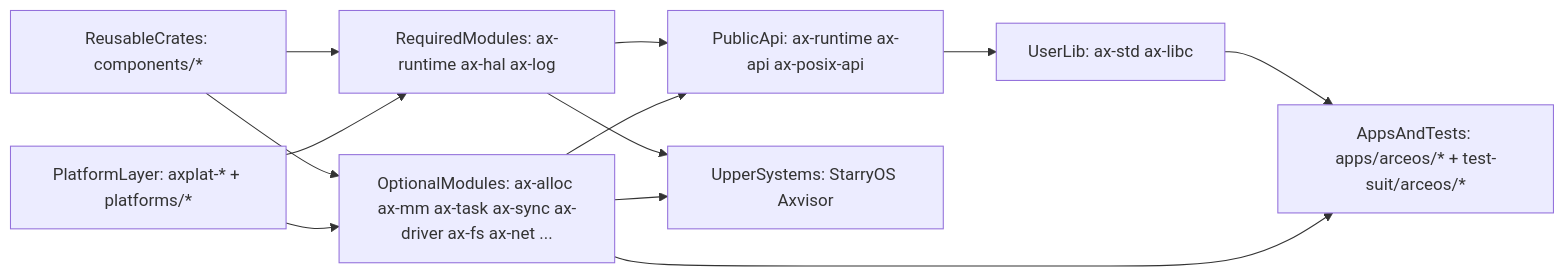
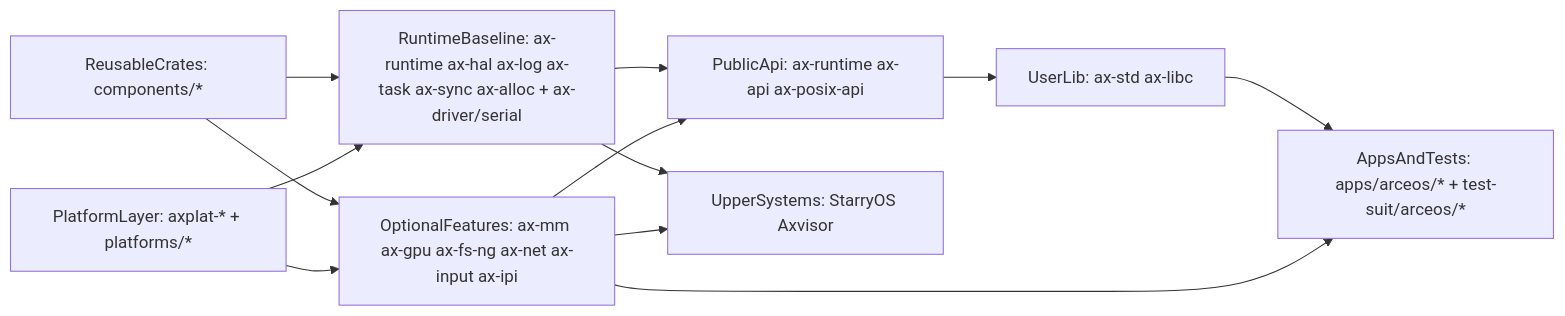
Before and after one commit to rcore-os/tgoskits: the first of 5 diagrams in docs/docs/architecture/arceos/overview.md, drawn with Mermaid. The commit also changed other lines of this file and 59 other files, not shown here.

````diff
--- a/docs/docs/architecture/arceos/overview.md
+++ b/docs/docs/architecture/arceos/overview.md
@@ -27,23 +27,23 @@
 ```mermaid
 flowchart LR
     reusableCrates["ReusableCrates: components/*"]
     platformLayer["PlatformLayer: axplat-* + platforms/*"]
-    requiredModules["RequiredModules: ax-runtime ax-hal ax-log"]
-    optionalModules["OptionalModules: ax-alloc ax-mm ax-task ax-sync ax-driver ax-fs ax-net ..."]
+    requiredModules["RuntimeBaseline: ax-runtime ax-hal ax-log ax-task ax-sync ax-alloc + ax-driver/serial"]
+    optionalModules["OptionalFeatures: ax-mm ax-gpu ax-fs-ng ax-net ax-input ax-ipi"]
     publicApi["PublicApi: ax-runtime ax-api ax-posix-api"]
     userLib["UserLib: ax-std ax-libc"]
     appsAndTests["AppsAndTests: apps/arceos/* + test-suit/arceos/*"]
     upperSystems["UpperSystems: StarryOS Axvisor"]
 
     reusableCrates --> requiredModules
     reusableCrates --> optionalModules
     platformLayer --> requiredModules
     platformLayer --> optionalModules
     requiredModules --> publicApi
     optionalModules --> publicApi
     publicApi --> userLib
     userLib --> appsAndTests
     optionalModules --> appsAndTests
     requiredModules --> upperSystems
     optionalModules --> upperSystems
 ```
````
